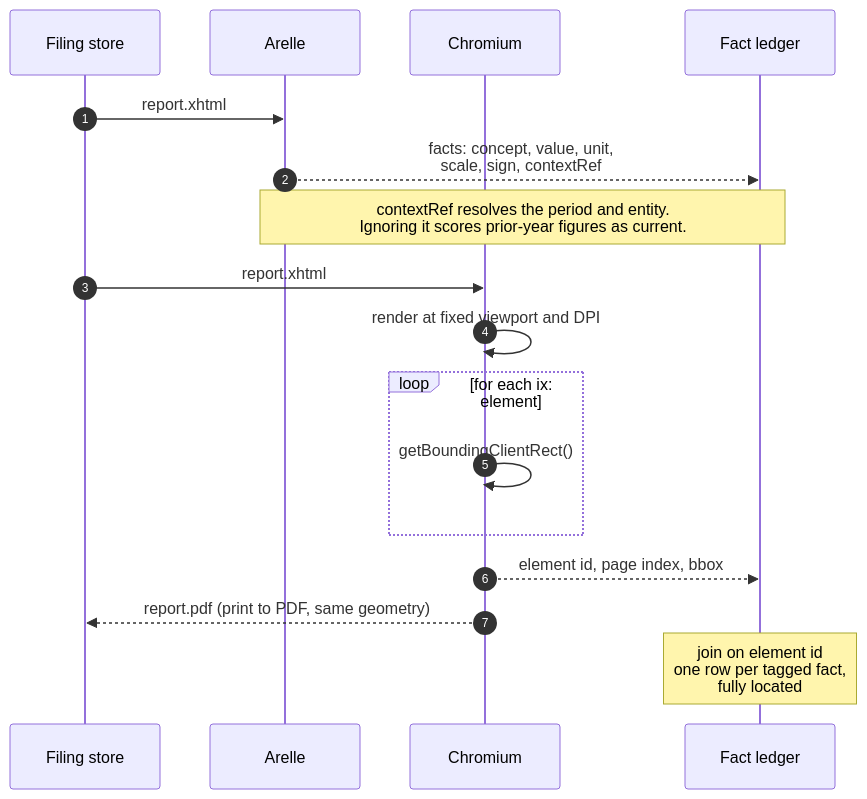
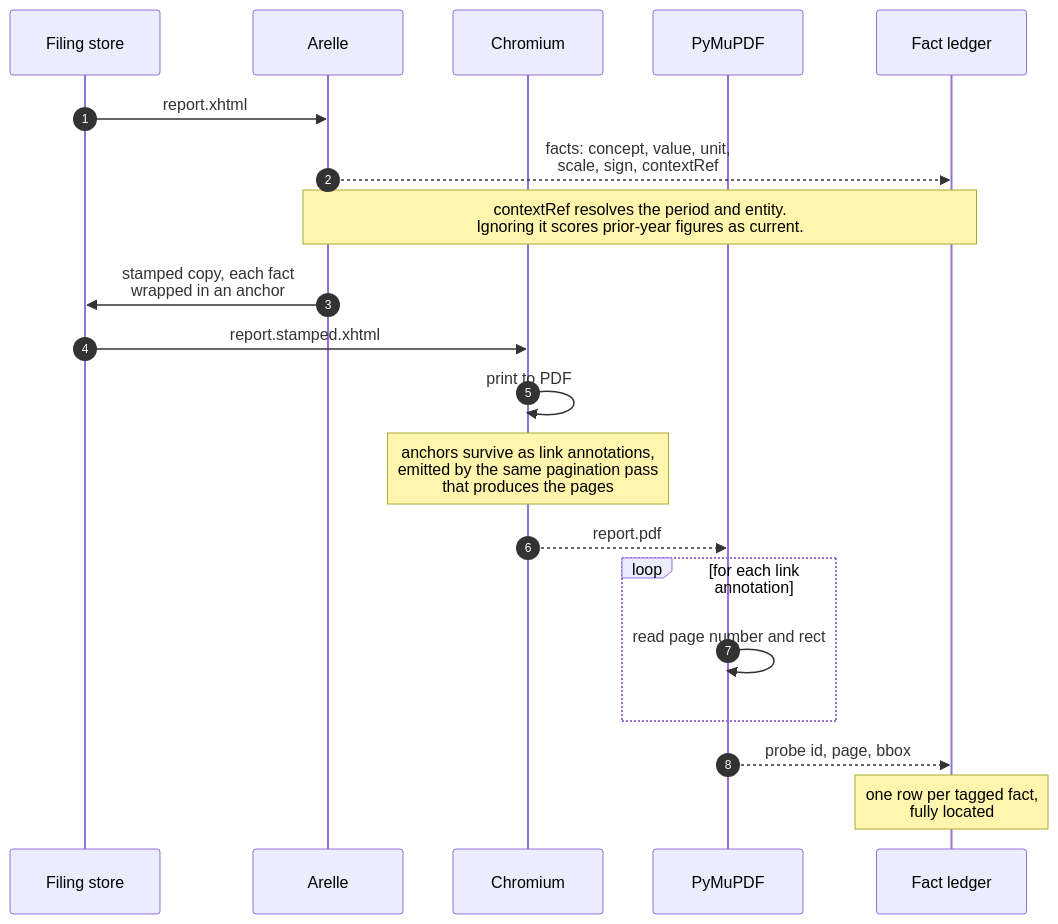
One commit to Vijay190899/disclosure-rag changed the second of 4 diagrams in docs/TECHNICAL_DOCUMENTATION.md. Above: the diagram before and after it, drawn with Mermaid. The commit also changed other lines of this file and 6 other files, not shown here.

````diff
--- a/docs/TECHNICAL_DOCUMENTATION.md
+++ b/docs/TECHNICAL_DOCUMENTATION.md
@@ -156,22 +156,25 @@
 ```mermaid
 sequenceDiagram
     autonumber
     participant F as Filing store
     participant A as Arelle
     participant B as Chromium
+    participant P as PyMuPDF
     participant L as Fact ledger
 
     F->>A: report.xhtml
     A-->>L: facts: concept, value, unit,<br/>scale, sign, contextRef
     Note over A,L: contextRef resolves the period and entity.<br/>Ignoring it scores prior-year figures as current.
 
-    F->>B: report.xhtml
-    B->>B: render at fixed viewport and DPI
-    loop for each ix: element
-        B->>B: getBoundingClientRect()
+    A->>F: stamped copy, each fact<br/>wrapped in an anchor
+    F->>B: report.stamped.xhtml
+    B->>B: print to PDF
+    Note over B: anchors survive as link annotations,<br/>emitted by the same pagination pass<br/>that produces the pages
+    B-->>P: report.pdf
+    loop for each link annotation
+        P->>P: read page number and rect
     end
-    B-->>L: element id, page index, bbox
-    B-->>F: report.pdf (print to PDF, same geometry)
+    P-->>L: probe id, page, bbox
 
-    Note over L: join on element id<br/>one row per tagged fact,<br/>fully located
+    Note over L: one row per tagged fact,<br/>fully located
 ```
````
